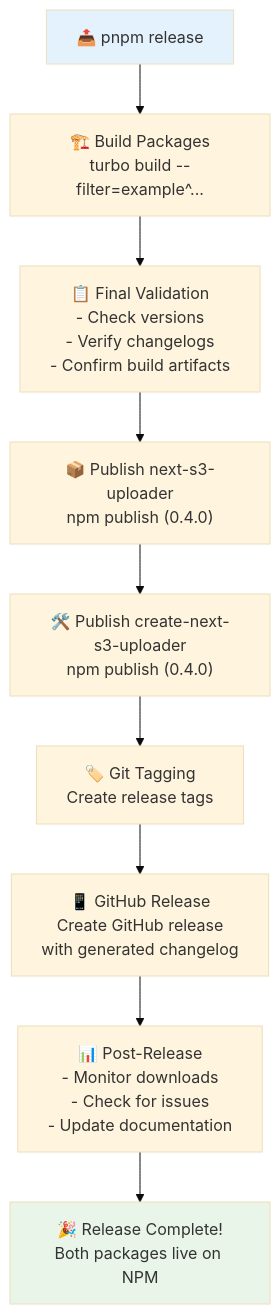
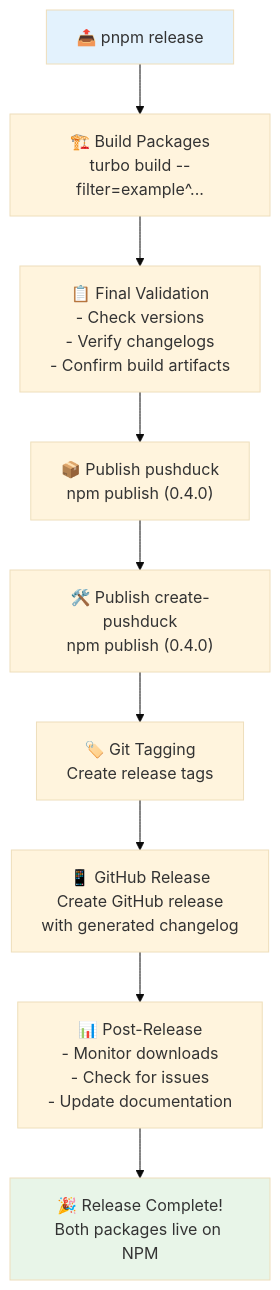
Before and after one commit to abhay-ramesh/pushduck: the fifth of 9 diagrams in RELEASE_LIFECYCLE_GUIDE.md, drawn with Mermaid (base theme). The commit also changed other lines of this file and 101 other files, not shown here.

First line of the commit message:
feat(docs): rename project from next-s3-uploader to pushduck

````diff
--- a/RELEASE_LIFECYCLE_GUIDE.md
+++ b/RELEASE_LIFECYCLE_GUIDE.md
@@ -117,14 +117,14 @@
 ```mermaid
 flowchart TD
     A["📤 pnpm release"] --> B["🏗️ Build Packages<br/>turbo build --filter=example^..."]
     B --> C["📋 Final Validation<br/>- Check versions<br/>- Verify changelogs<br/>- Confirm build artifacts"]
-    C --> D["📦 Publish next-s3-uploader<br/>npm publish (0.4.0)"]
-    D --> E["🛠️ Publish create-next-s3-uploader<br/>npm publish (0.4.0)"]
+    C --> D["📦 Publish pushduck<br/>npm publish (0.4.0)"]
+    D --> E["🛠️ Publish create-pushduck<br/>npm publish (0.4.0)"]
     E --> F["🏷️ Git Tagging<br/>Create release tags"]
     F --> G["📱 GitHub Release<br/>Create GitHub release<br/>with generated changelog"]
     G --> H["📊 Post-Release<br/>- Monitor downloads<br/>- Check for issues<br/>- Update documentation"]
     H --> I["🎉 Release Complete!<br/>Both packages live on NPM"]
     
     style A fill:#e3f2fd
     style I fill:#e8f5e8
 ```
````
